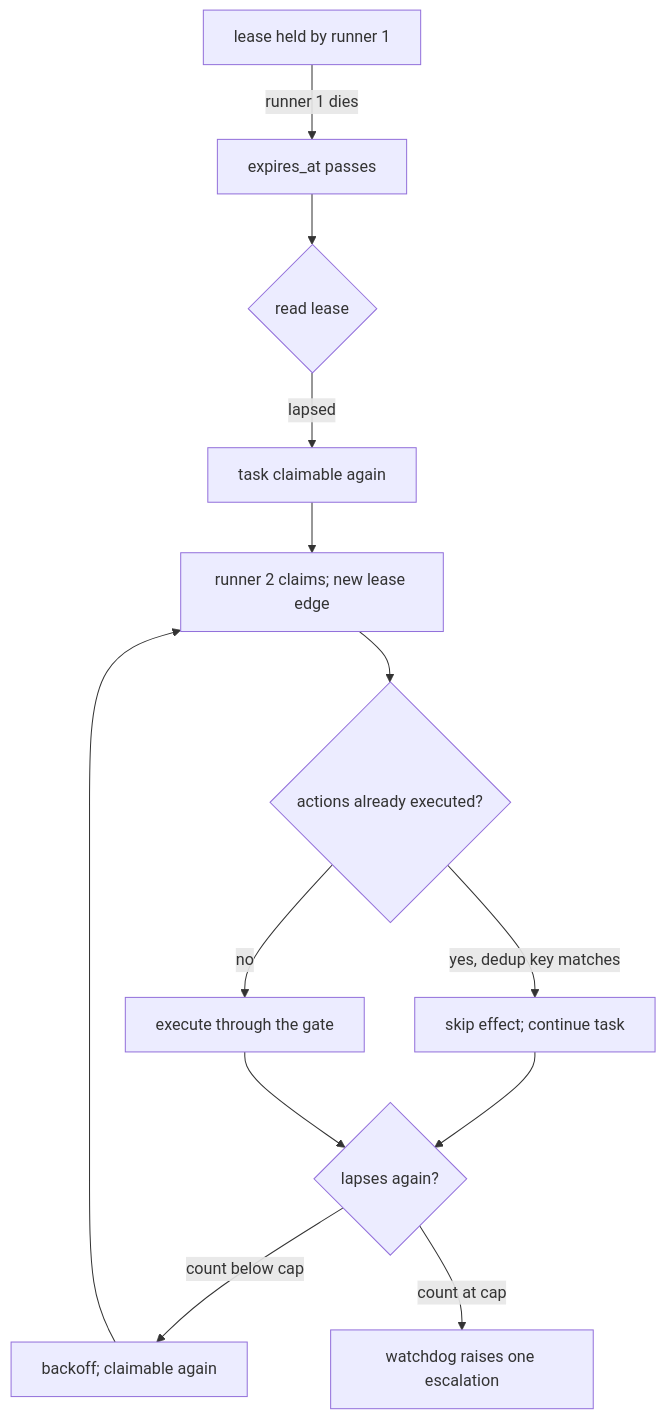
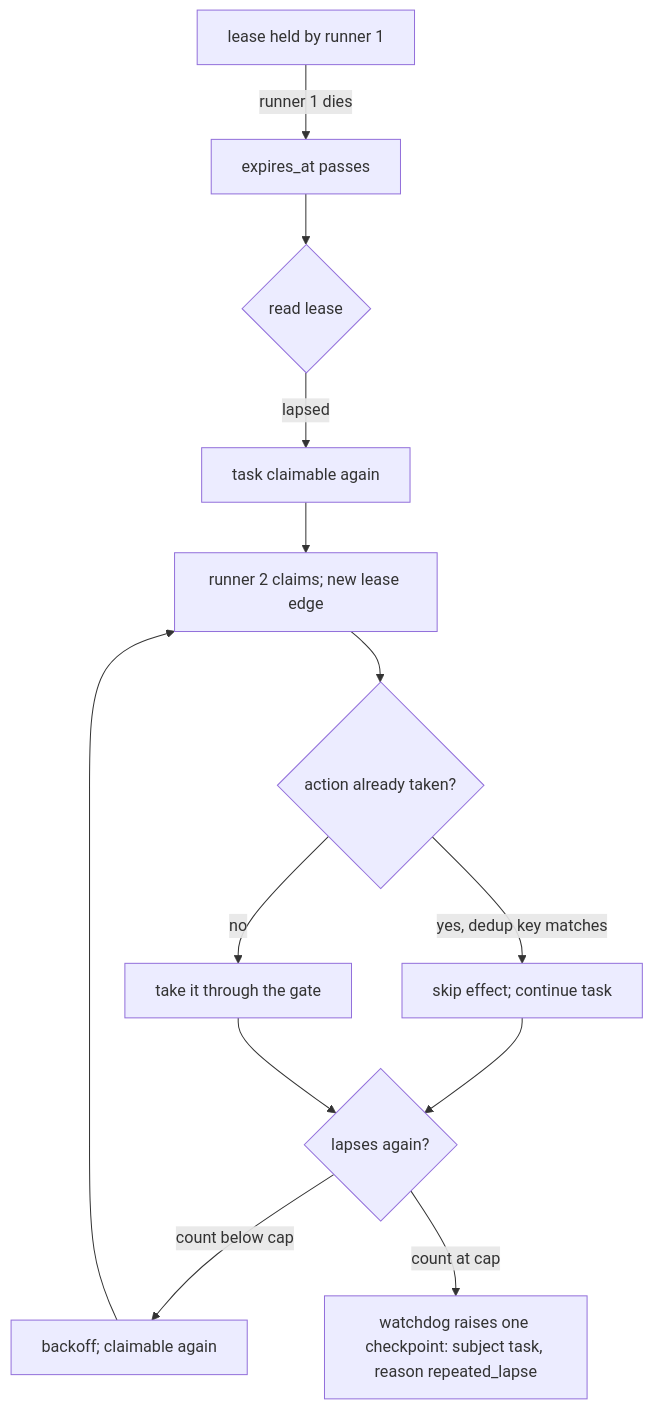
The second of 4 diagrams in docs/foundation/scenarios.md (markmhendrickson/ateles), drawn with Mermaid before and after one commit. The commit also changed other lines of this file and 15 other files, not shown here.

````diff
--- a/docs/foundation/scenarios.md
+++ b/docs/foundation/scenarios.md
@@ -65,15 +67,15 @@
 ```mermaid
 flowchart TD
     A[lease held by runner 1] -->|runner 1 dies| B[expires_at passes]
     B --> C{read lease}
     C -->|lapsed| D[task claimable again]
     D --> E[runner 2 claims; new lease edge]
-    E --> F{actions already executed?}
+    E --> F{action already taken?}
     F -->|yes, dedup key matches| G[skip effect; continue task]
-    F -->|no| H[execute through the gate]
+    F -->|no| H[take it through the gate]
     G --> I{lapses again?}
     H --> I
     I -->|count below cap| J[backoff; claimable again]
     J --> E
-    I -->|count at cap| K[watchdog raises one escalation]
+    I -->|count at cap| K[watchdog raises one checkpoint: subject task, reason repeated_lapse]
 ```
````
